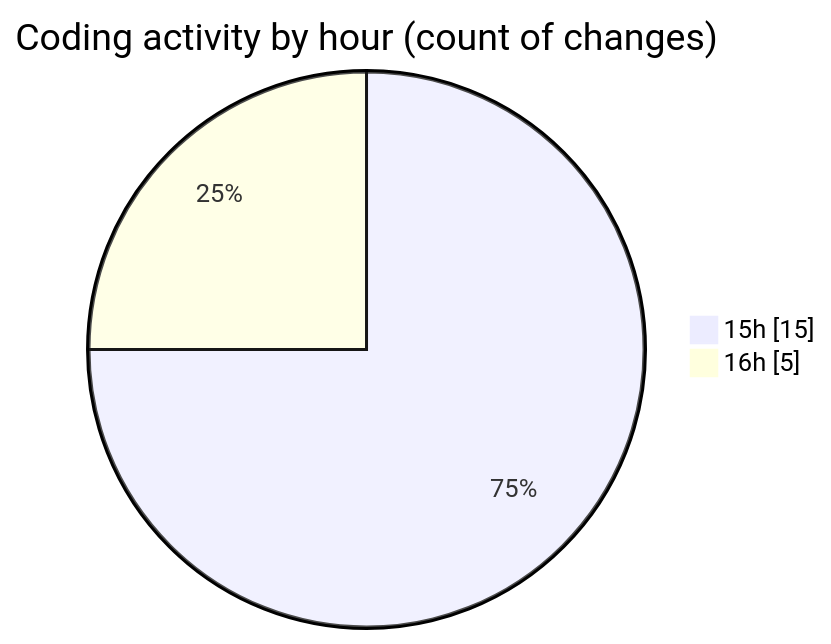
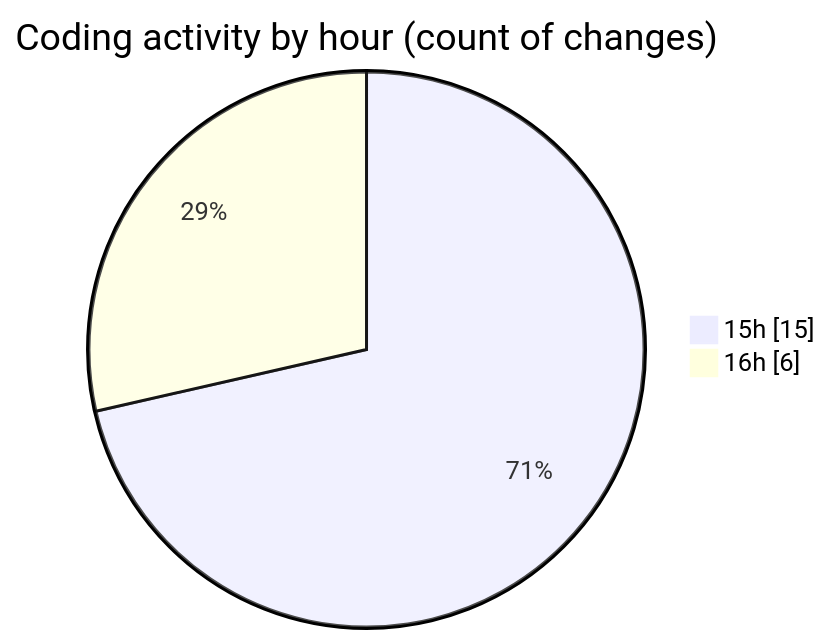
One commit to robertbonfada/code-tracking changed the second of 2 diagrams in 2025-02-04/mbc-web/README.md. Above: the diagram before and after it, drawn with Mermaid. The commit also changed other lines of this file and 1 other file, not shown here.

````diff
--- a/2025-02-04/mbc-web/README.md
+++ b/2025-02-04/mbc-web/README.md
@@ -30,6 +30,6 @@
 ```mermaid
 pie showData
 title Coding activity by hour (count of changes)
 "15h" : 15
-"16h" : 5
+"16h" : 6
 ```
````
